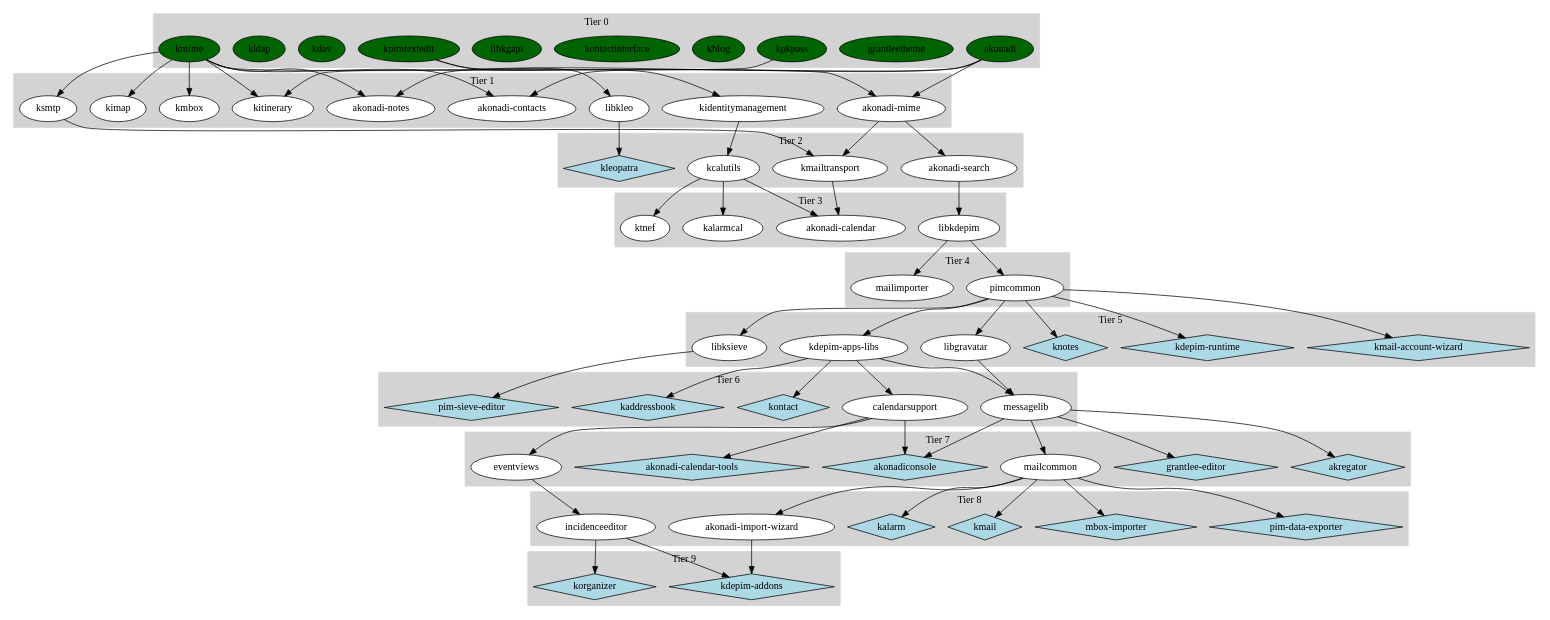
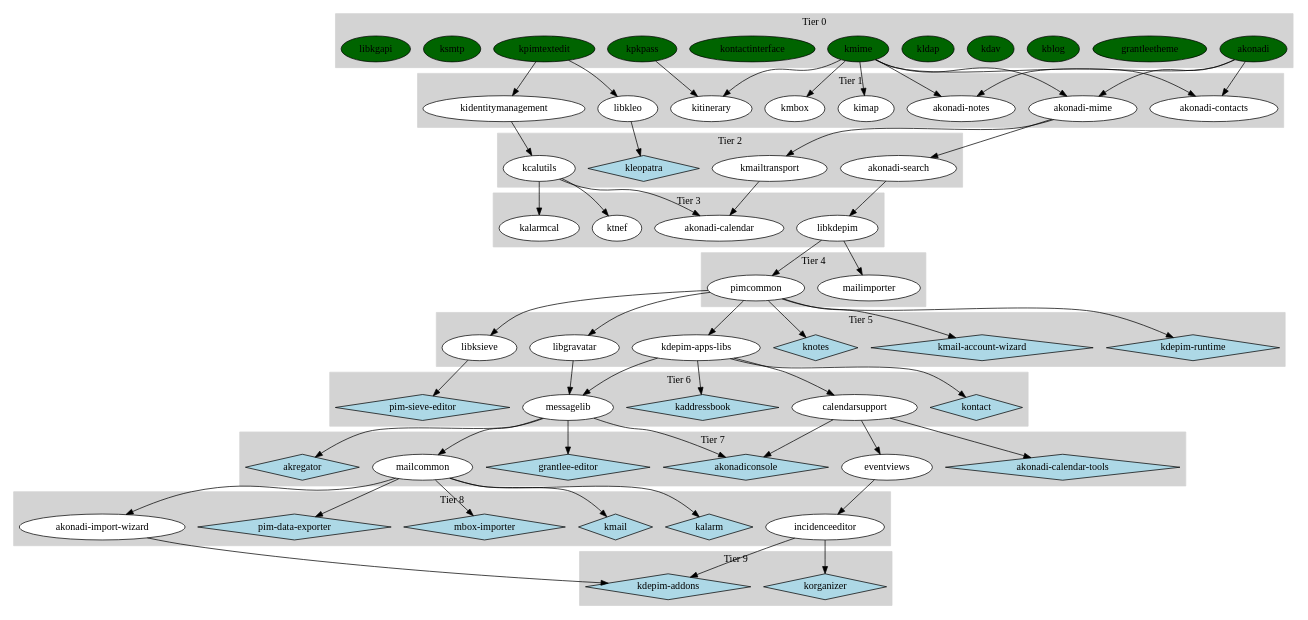
Before and after one commit to Interested-Deving-1896/pkg-kde-dev-scripts: the diagram in function_collection/kdepim.20.04.tier.dot, drawn with Graphviz. The commit also changed 2 other files, not shown here.

Commit message:
Add pim_tier_graph + graph

```diff
--- a/function_collection/kdepim.20.04.tier.dot
+++ b/function_collection/kdepim.20.04.tier.dot
@@ -1,189 +1,188 @@
 digraph pimTier {
-    node [shape=diamond,fillcolor=lightblue,style=filled];
-  "kdepim-addons";
-  "kleopatra";
-  "kontact";
+  node [shape=diamond,fillcolor=lightblue,style=filled];
   "akonadi-calendar-tools";
-  "kmail-account-wizard";
-  "kdepim-runtime";
-  "pim-data-exporter";
-  "knotes";
-  "kaddressbook";
-  "mbox-importer";
-  "korganizer";
   "akonadiconsole";
   "akregator";
+  "grantlee-editor";
+  "kaddressbook";
+  "kalarm";
+  "kdepim-addons";
+  "kdepim-runtime";
+  "kleopatra";
+  "kmail";
+  "kmail-account-wizard";
+  "knotes";
+  "kontact";
+  "korganizer";
+  "mbox-importer";
+  "pim-data-exporter";
   "pim-sieve-editor";
-  "kmail";
-  "kalarm";
-  "grantlee-editor";
-    node [shape=ellipse,fillcolor=darkgreen];
+  node [shape=ellipse,fillcolor=darkgreen,style=filled];
   "akonadi";
   "grantleetheme";
-  "kpkpass";
   "kblog";
-  "kontactinterface";
-  "libkgapi";
-  "kpimtextedit";
   "kdav";
   "kldap";
   "kmime";
-    node [shape=ellipse,fillcolor=white];
+  "kontactinterface";
+  "kpimtextedit";
+  "kpkpass";
+  "ksmtp";
+  "libkgapi";
+  node [shape=ellipse,fillcolor=white,style=filled];
   subgraph cluster_0 {
-     style=filled;
-     color=lightgrey;
-     label = "Tier 0";
-  "akonadi";
-  "grantleetheme";
-  "kpkpass";
-  "kblog";
-  "kontactinterface";
-  "libkgapi";
-  "kpimtextedit";
-  "kdav";
-  "kldap";
-  "kmime";
+    style=filled;
+    color=lightgrey;
+    label = "Tier 0";
+    "akonadi";
+    "grantleetheme";
+    "kblog";
+    "kdav";
+    "kldap";
+    "kmime";
+    "kontactinterface";
+    "kpimtextedit";
+    "kpkpass";
+    "ksmtp";
+    "libkgapi";
   }
   subgraph cluster_1 {
-     style=filled;
-     color=lightgrey;
-     label = "Tier 1";
-  "akonadi-contacts";
-  "libkleo";
-  "kmbox";
-  "kimap";
-  "akonadi-mime";
-  "kitinerary";
-  "ksmtp";
-  "akonadi-notes";
-  "kidentitymanagement";
+    style=filled;
+    color=lightgrey;
+    label = "Tier 1";
+    "akonadi-contacts";
+    "akonadi-mime";
+    "akonadi-notes";
+    "kidentitymanagement";
+    "kimap";
+    "kitinerary";
+    "kmbox";
+    "libkleo";
   }
-  "akonadi" -> "akonadi-contacts" ;
-  "kmime" -> "akonadi-contacts" ;
-  "kpimtextedit" -> "libkleo" ;
-  "kmime" -> "kmbox" ;
-  "kmime" -> "kimap" ;
-  "akonadi" -> "akonadi-mime" ;
-  "kmime" -> "akonadi-mime" ;
-  "kpkpass" -> "kitinerary" ;
-  "kmime" -> "kitinerary" ;
-  "kmime" -> "ksmtp" ;
-  "akonadi" -> "akonadi-notes" ;
-  "kmime" -> "akonadi-notes" ;
-  "kpimtextedit" -> "kidentitymanagement" ;
+  "kmime" -> "akonadi-contacts";
+  "akonadi" -> "akonadi-contacts";
+  "kmime" -> "akonadi-mime";
+  "akonadi" -> "akonadi-mime";
+  "kmime" -> "akonadi-notes";
+  "akonadi" -> "akonadi-notes";
+  "kpimtextedit" -> "kidentitymanagement";
+  "kmime" -> "kimap";
+  "kmime" -> "kitinerary";
+  "kpkpass" -> "kitinerary";
+  "kmime" -> "kmbox";
+  "kpimtextedit" -> "libkleo";
   subgraph cluster_2 {
-     style=filled;
-     color=lightgrey;
-     label = "Tier 2";
-  "kleopatra";
-  "kmailtransport";
-  "akonadi-search";
-  "kcalutils";
+    style=filled;
+    color=lightgrey;
+    label = "Tier 2";
+    "akonadi-search";
+    "kcalutils";
+    "kleopatra";
+    "kmailtransport";
   }
-  "libkleo" -> "kleopatra" ;
-  "ksmtp" -> "kmailtransport" ;
-  "akonadi-mime" -> "kmailtransport" ;
-  "akonadi-mime" -> "akonadi-search" ;
-  "kidentitymanagement" -> "kcalutils" ;
+  "akonadi-mime" -> "akonadi-search";
+  "kidentitymanagement" -> "kcalutils";
+  "libkleo" -> "kleopatra";
+  "akonadi-mime" -> "kmailtransport";
   subgraph cluster_3 {
-     style=filled;
-     color=lightgrey;
-     label = "Tier 3";
-  "libkdepim";
-  "ktnef";
-  "akonadi-calendar";
-  "kalarmcal";
+    style=filled;
+    color=lightgrey;
+    label = "Tier 3";
+    "akonadi-calendar";
+    "kalarmcal";
+    "ktnef";
+    "libkdepim";
   }
-  "akonadi-search" -> "libkdepim" ;
-  "kcalutils" -> "ktnef" ;
-  "kmailtransport" -> "akonadi-calendar" ;
-  "kcalutils" -> "akonadi-calendar" ;
-  "kcalutils" -> "kalarmcal" ;
+  "kcalutils" -> "akonadi-calendar";
+  "kmailtransport" -> "akonadi-calendar";
+  "kcalutils" -> "kalarmcal";
+  "kcalutils" -> "ktnef";
+  "akonadi-search" -> "libkdepim";
   subgraph cluster_4 {
-     style=filled;
-     color=lightgrey;
-     label = "Tier 4";
-  "pimcommon";
-  "mailimporter";
+    style=filled;
+    color=lightgrey;
+    label = "Tier 4";
+    "mailimporter";
+    "pimcommon";
   }
-  "libkdepim" -> "pimcommon" ;
-  "libkdepim" -> "mailimporter" ;
+  "libkdepim" -> "mailimporter";
+  "libkdepim" -> "pimcommon";
   subgraph cluster_5 {
-     style=filled;
-     color=lightgrey;
-     label = "Tier 5";
-  "kmail-account-wizard";
-  "kdepim-runtime";
-  "knotes";
-  "libgravatar";
-  "kdepim-apps-libs";
-  "libksieve";
+    style=filled;
+    color=lightgrey;
+    label = "Tier 5";
+    "kdepim-apps-libs";
+    "kdepim-runtime";
+    "kmail-account-wizard";
+    "knotes";
+    "libgravatar";
+    "libksieve";
   }
-  "pimcommon" -> "kmail-account-wizard" ;
-  "pimcommon" -> "kdepim-runtime" ;
-  "pimcommon" -> "knotes" ;
-  "pimcommon" -> "libgravatar" ;
-  "pimcommon" -> "kdepim-apps-libs" ;
-  "pimcommon" -> "libksieve" ;
+  "pimcommon" -> "kdepim-apps-libs";
+  "pimcommon" -> "kdepim-runtime";
+  "pimcommon" -> "kmail-account-wizard";
+  "pimcommon" -> "knotes";
+  "pimcommon" -> "libgravatar";
+  "pimcommon" -> "libksieve";
   subgraph cluster_6 {
-     style=filled;
-     color=lightgrey;
-     label = "Tier 6";
-  "calendarsupport";
-  "messagelib";
-  "kaddressbook";
-  "kontact";
-  "pim-sieve-editor";
+    style=filled;
+    color=lightgrey;
+    label = "Tier 6";
+    "calendarsupport";
+    "kaddressbook";
+    "kontact";
+    "messagelib";
+    "pim-sieve-editor";
   }
-  "kdepim-apps-libs" -> "calendarsupport" ;
-  "kdepim-apps-libs" -> "messagelib" ;
-  "libgravatar" -> "messagelib" ;
-  "kdepim-apps-libs" -> "kaddressbook" ;
-  "kdepim-apps-libs" -> "kontact" ;
-  "libksieve" -> "pim-sieve-editor" ;
+  "kdepim-apps-libs" -> "calendarsupport";
+  "kdepim-apps-libs" -> "kaddressbook";
+  "kdepim-apps-libs" -> "kontact";
+  "libgravatar" -> "messagelib";
+  "kdepim-apps-libs" -> "messagelib";
+  "libksieve" -> "pim-sieve-editor";
   subgraph cluster_7 {
-     style=filled;
-     color=lightgrey;
-     label = "Tier 7";
-  "mailcommon";
-  "eventviews";
-  "akonadiconsole";
-  "akregator";
-  "akonadi-calendar-tools";
-  "grantlee-editor";
+    style=filled;
+    color=lightgrey;
+    label = "Tier 7";
+    "akonadi-calendar-tools";
+    "akonadiconsole";
+    "akregator";
+    "eventviews";
+    "grantlee-editor";
+    "mailcommon";
   }
-  "messagelib" -> "mailcommon" ;
-  "calendarsupport" -> "eventviews" ;
-  "messagelib" -> "akonadiconsole" ;
-  "calendarsupport" -> "akonadiconsole" ;
-  "messagelib" -> "akregator" ;
-  "calendarsupport" -> "akonadi-calendar-tools" ;
-  "messagelib" -> "grantlee-editor" ;
+  "calendarsupport" -> "akonadi-calendar-tools";
+  "messagelib" -> "akonadiconsole";
+  "calendarsupport" -> "akonadiconsole";
+  "messagelib" -> "akregator";
+  "calendarsupport" -> "eventviews";
+  "messagelib" -> "grantlee-editor";
+  "messagelib" -> "mailcommon";
   subgraph cluster_8 {
-     style=filled;
-     color=lightgrey;
-     label = "Tier 8";
-  "incidenceeditor";
-  "pim-data-exporter";
-  "mbox-importer";
-  "akonadi-import-wizard";
-  "kmail";
-  "kalarm";
+    style=filled;
+    color=lightgrey;
+    label = "Tier 8";
+    "akonadi-import-wizard";
+    "incidenceeditor";
+    "kalarm";
+    "kmail";
+    "mbox-importer";
+    "pim-data-exporter";
   }
-  "eventviews" -> "incidenceeditor" ;
-  "mailcommon" -> "pim-data-exporter" ;
-  "mailcommon" -> "mbox-importer" ;
-  "mailcommon" -> "akonadi-import-wizard" ;
-  "mailcommon" -> "kmail" ;
-  "mailcommon" -> "kalarm" ;
+  "mailcommon" -> "akonadi-import-wizard";
+  "eventviews" -> "incidenceeditor";
+  "mailcommon" -> "kalarm";
+  "mailcommon" -> "kmail";
+  "mailcommon" -> "mbox-importer";
+  "mailcommon" -> "pim-data-exporter";
   subgraph cluster_9 {
-     style=filled;
-     color=lightgrey;
-     label = "Tier 9";
-  "korganizer";
-  "kdepim-addons";
+    style=filled;
+    color=lightgrey;
+    label = "Tier 9";
+    "kdepim-addons";
+    "korganizer";
   }
-  "incidenceeditor" -> "korganizer" ;
-  "incidenceeditor" -> "kdepim-addons" ;
-  "akonadi-import-wizard" -> "kdepim-addons" ;
+  "incidenceeditor" -> "kdepim-addons";
+  "akonadi-import-wizard" -> "kdepim-addons";
+  "incidenceeditor" -> "korganizer";
 }
```
